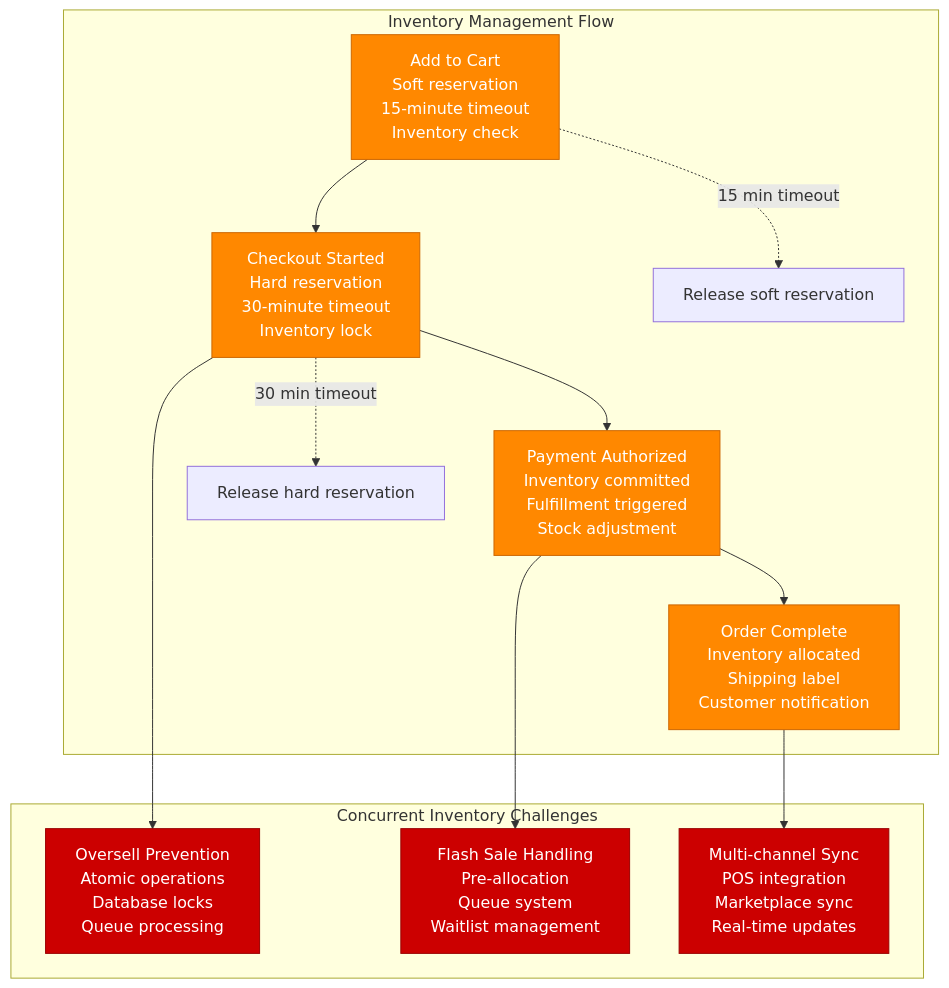
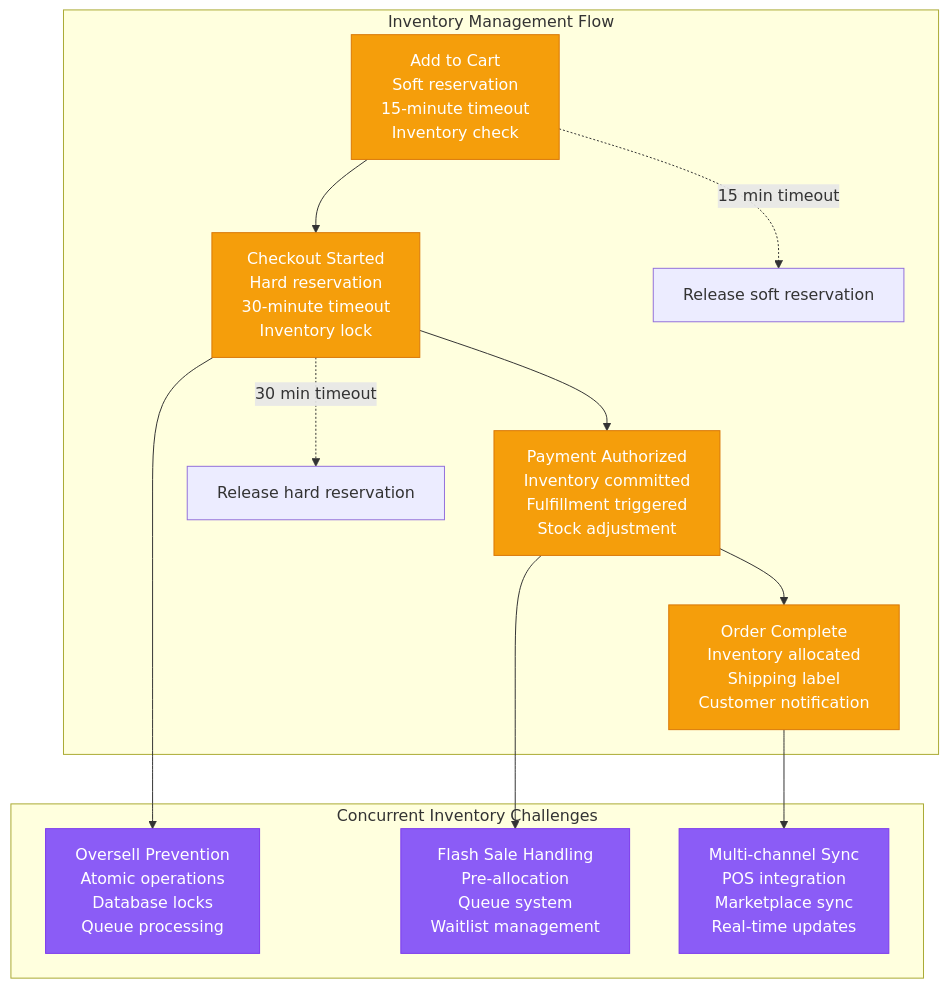
One commit to deepaucksharma/DS changed the third of 6 diagrams in site/docs/systems/shopify/request-flow.md. Above: the diagram before and after it, drawn with Mermaid. The commit also changed other lines of this file and 303 other files, not shown here.

````diff
--- a/site/docs/systems/shopify/request-flow.md
+++ b/site/docs/systems/shopify/request-flow.md
@@ -230,40 +230,40 @@
 ```mermaid
 graph TB
     subgraph "Inventory Management Flow"
         ADD_CART[Add to Cart<br/>Soft reservation<br/>15-minute timeout<br/>Inventory check]
 
         CHECKOUT_START[Checkout Started<br/>Hard reservation<br/>30-minute timeout<br/>Inventory lock]
 
         PAYMENT_AUTH[Payment Authorized<br/>Inventory committed<br/>Fulfillment triggered<br/>Stock adjustment]
 
         ORDER_COMPLETE[Order Complete<br/>Inventory allocated<br/>Shipping label<br/>Customer notification]
 
         %% Inventory state transitions
         ADD_CART --> CHECKOUT_START
         CHECKOUT_START --> PAYMENT_AUTH
         PAYMENT_AUTH --> ORDER_COMPLETE
 
         %% Timeout handling
         ADD_CART -.->|15 min timeout| RELEASE1[Release soft reservation]
         CHECKOUT_START -.->|30 min timeout| RELEASE2[Release hard reservation]
     end
 
     subgraph "Concurrent Inventory Challenges"
         OVERSELL[Oversell Prevention<br/>Atomic operations<br/>Database locks<br/>Queue processing]
 
         FLASH_SALE[Flash Sale Handling<br/>Pre-allocation<br/>Queue system<br/>Waitlist management]
 
         MULTI_CHANNEL[Multi-channel Sync<br/>POS integration<br/>Marketplace sync<br/>Real-time updates]
     end
 
     CHECKOUT_START --> OVERSELL
     PAYMENT_AUTH --> FLASH_SALE
     ORDER_COMPLETE --> MULTI_CHANNEL
 
     %% Apply inventory colors
-    classDef inventoryStyle fill:#FF8800,stroke:#CC6600,color:#fff
-    classDef challengeStyle fill:#CC0000,stroke:#990000,color:#fff
+    classDef inventoryStyle fill:#F59E0B,stroke:#D97706,color:#fff
+    classDef challengeStyle fill:#8B5CF6,stroke:#7C3AED,color:#fff
 
     class ADD_CART,CHECKOUT_START,PAYMENT_AUTH,ORDER_COMPLETE inventoryStyle
     class OVERSELL,FLASH_SALE,MULTI_CHANNEL challengeStyle
 ```
````
